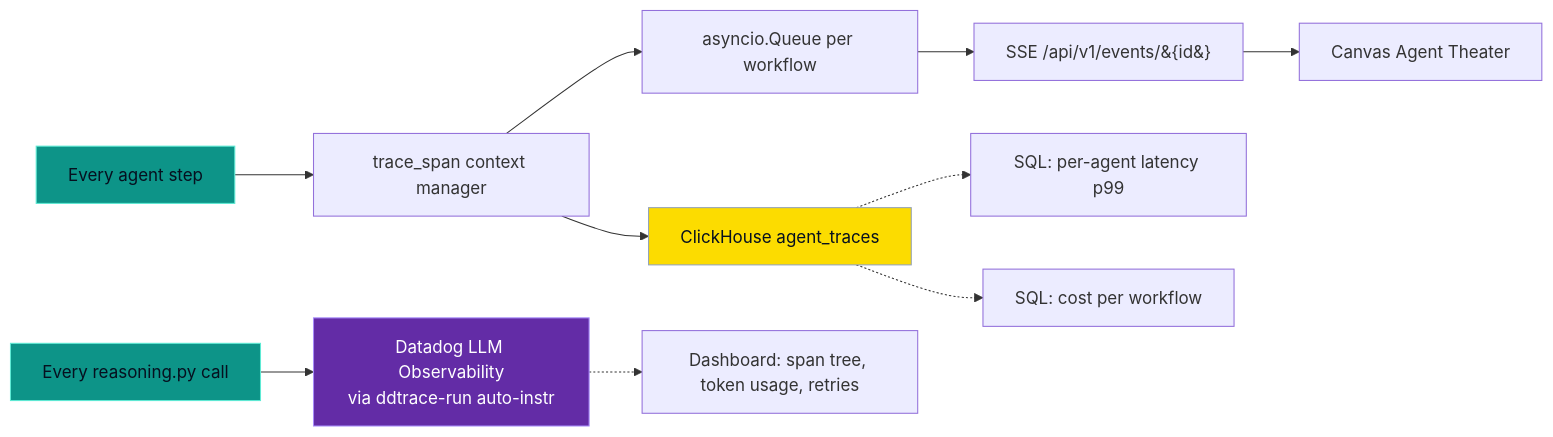
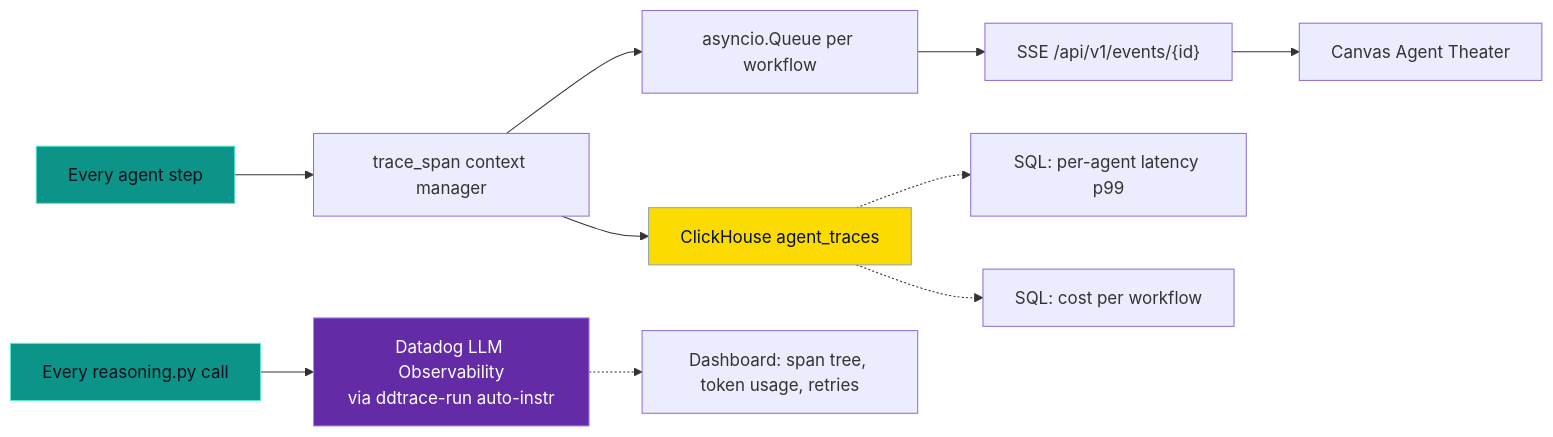
One commit to roshaninfordham/reflexagent changed the ninth of 9 diagrams in ARCHITECTURE.md. Above: the diagram before and after it, drawn with Mermaid. The commit also changed other lines of this file, not shown here.

First line of the commit message:
fix: x402 sequence diagram + remaining HTML-entity nodes

````diff
--- a/ARCHITECTURE.md
+++ b/ARCHITECTURE.md
@@ -368,19 +368,19 @@
 ```mermaid
 flowchart LR
     classDef src fill:#0D9488,stroke:#5EEAD4,color:#06101F
     classDef sink fill:#632ca6,stroke:#a78bfa,color:#fff
     classDef ch fill:#fcdc00,stroke:#94A3B8,color:#06101F
 
     A[Every agent step]:::src
     L[Every reasoning.py call]:::src
     A --> TS[trace_span context manager]
     TS --> CHL[ClickHouse agent_traces]:::ch
     TS --> Q[asyncio.Queue per workflow]
-    Q --> SSE["SSE /api/v1/events/&#123;id&#125;"]
+    Q --> SSE["SSE /api/v1/events/{id}"]
     L --> DD[Datadog LLM Observability<br/>via ddtrace-run auto-instr]:::sink
     SSE --> UI[Canvas Agent Theater]
 
     CHL -.-> Q1["SQL: per-agent latency p99"]
     CHL -.-> Q2["SQL: cost per workflow"]
     DD -.-> DDB["Dashboard: span tree, token usage, retries"]
 ```
````
